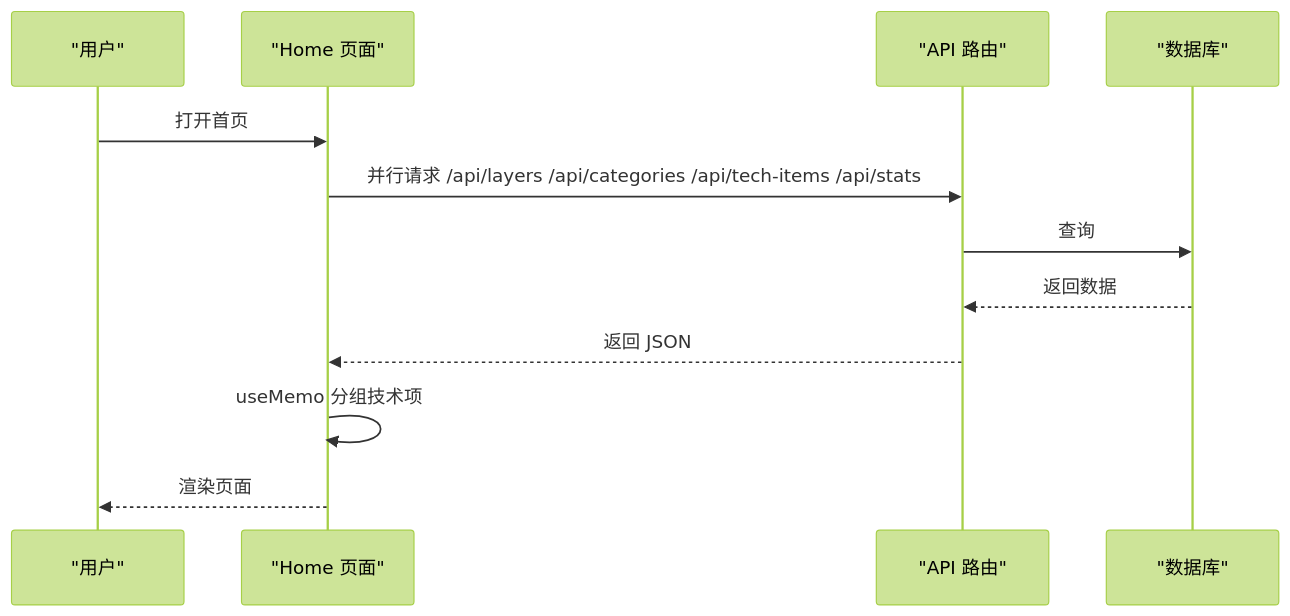
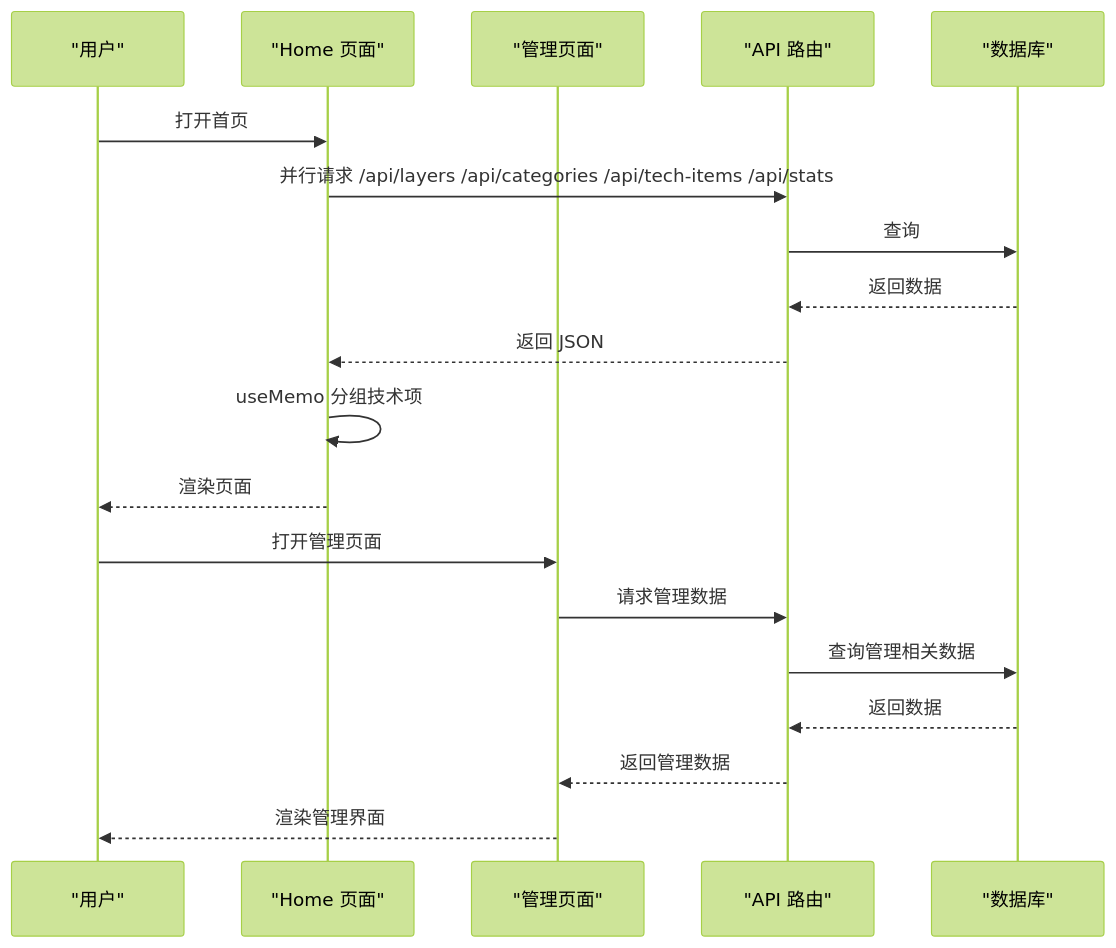
One commit to tutusiji/lantu-next changed the sixth of 7 diagrams in .qoder/repowiki/zh/content/开发指南/开发指南.md. Above: the diagram before and after it, drawn with Mermaid (forest theme). The commit also changed other lines of this file and 22 other files, not shown here.

````diff
--- a/.qoder/repowiki/zh/content/开发指南/开发指南.md
+++ b/.qoder/repowiki/zh/content/开发指南/开发指南.md
@@ -263,14 +364,21 @@
 ```mermaid
 sequenceDiagram
 participant U as "用户"
 participant HP as "Home 页面"
+participant AP as "管理页面"
 participant API as "API 路由"
 participant DB as "数据库"
 U->>HP : 打开首页
 HP->>API : 并行请求 /api/layers /api/categories /api/tech-items /api/stats
 API->>DB : 查询
 DB-->>API : 返回数据
 API-->>HP : 返回 JSON
 HP->>HP : useMemo 分组技术项
 HP-->>U : 渲染页面
+U->>AP : 打开管理页面
+AP->>API : 请求管理数据
+API->>DB : 查询管理相关数据
+DB-->>API : 返回数据
+API-->>AP : 返回管理数据
+AP-->>U : 渲染管理界面
 ```
````
